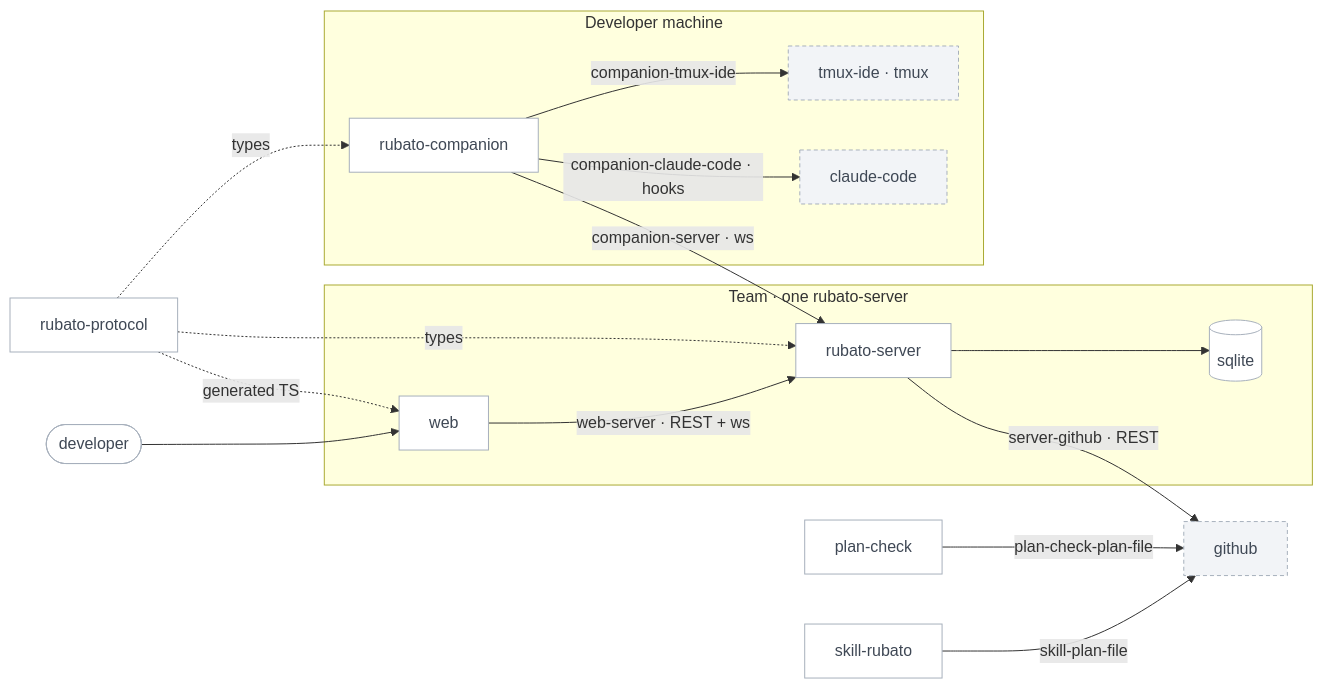
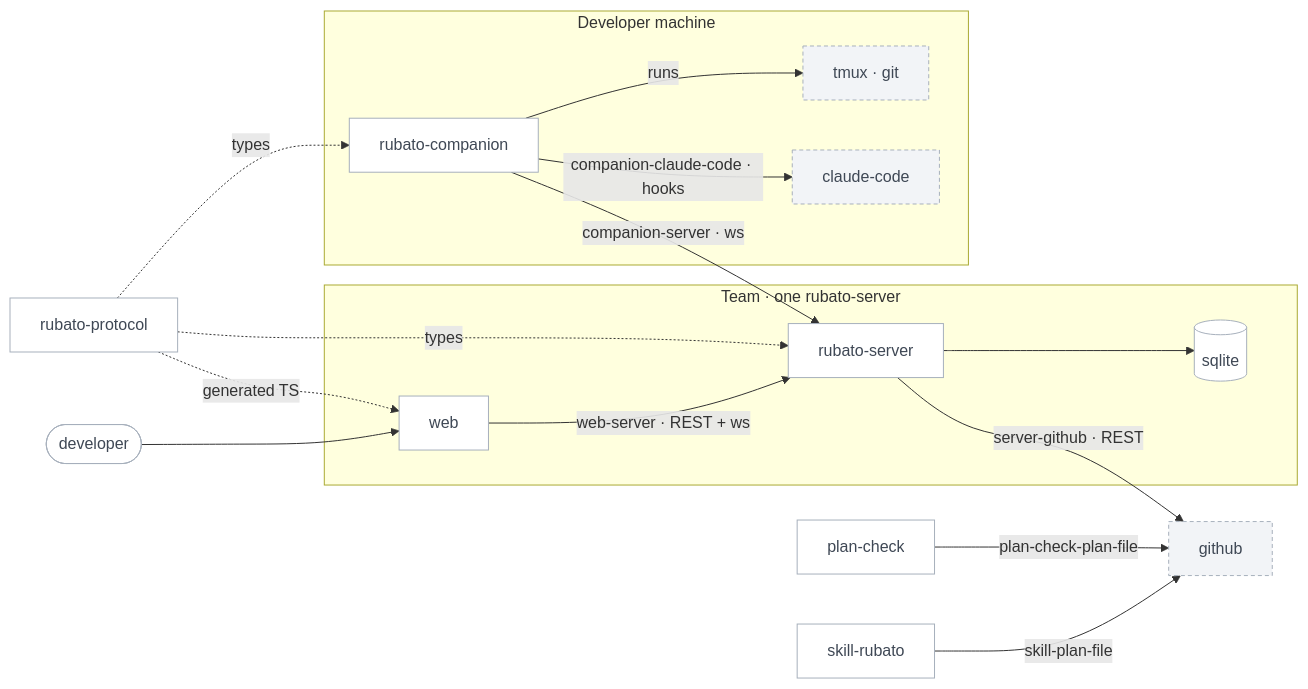
Before and after one commit to m0x6A/rubato: the diagram in .claude/profiles/system-base.mmd, drawn with Mermaid. The commit also changed 44 other files, not shown here.

```diff
--- a/.claude/profiles/system-base.mmd
+++ b/.claude/profiles/system-base.mmd
@@ -1,27 +1,27 @@
 flowchart LR
     classDef affected fill:#E7EDFB,stroke:#2F5BD3,stroke-width:2px,color:#13244F
     classDef new fill:#DFF2EA,stroke:#0F8A6A,stroke-width:2px,color:#0A3A2C
     classDef quiet fill:#FFFFFF,stroke:#A7B0BC,stroke-width:1px,color:#3F4855
     classDef ext fill:#F2F4F7,stroke:#A7B0BC,stroke-width:1px,stroke-dasharray:4 3,color:#3F4855
     classDef ok fill:#FFFFFF,stroke:#1B2330,stroke-width:1.5px,color:#1B2330
     classDef err fill:#FBE8EC,stroke:#C2334D,stroke-width:1.5px,color:#5A1424
 
     Dev([developer]):::quiet --> Web[web]:::quiet
     subgraph team [Team · one rubato-server]
         Srv[rubato-server]:::quiet --> Db[(sqlite)]:::quiet
         Web -- web-server · REST + ws --> Srv
     end
     subgraph machine [Developer machine]
         Comp[rubato-companion]:::quiet
-        Tide[tmux-ide · tmux]:::ext
+        Tide[tmux · git]:::ext
         CC[claude-code]:::ext
-        Comp -- companion-tmux-ide --> Tide
+        Comp -- runs --> Tide
         Comp -- companion-claude-code · hooks --> CC
     end
     Comp -- companion-server · ws --> Srv
     Srv -- server-github · REST --> GH[github]:::ext
     Proto[rubato-protocol]:::quiet -. types .-> Srv
     Proto -. types .-> Comp
     Proto -. generated TS .-> Web
     Skill[skill-rubato]:::quiet -- skill-plan-file --> GH
     Check[plan-check]:::quiet -- plan-check-plan-file --> GH
```
